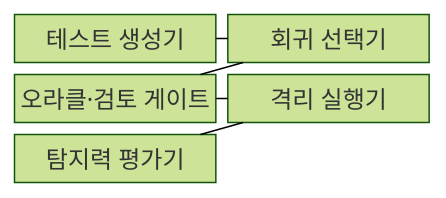
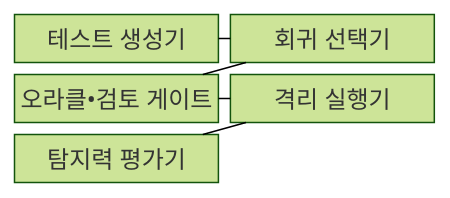
The first of 2 diagrams in src/content/docs/notes/03-software/207_ai_test_automation.md (agnusdei1207/knowledge-base), drawn with Mermaid (forest theme) before and after one commit. The commit also changed other lines of this file and 953 other files, not shown here.

````diff
--- a/src/content/docs/notes/03-software/207_ai_test_automation.md
+++ b/src/content/docs/notes/03-software/207_ai_test_automation.md
@@ -66,13 +66,13 @@
 ```mermaid
 block-beta
     columns 2
     B["테스트 생성기"]
     C["회귀 선택기"]
-    D["오라클·검토 게이트"]
+    D["오라클•검토 게이트"]
     E["격리 실행기"]
     F["탐지력 평가기"]
     B --- C
     C --- D
     D --- E
     E --- F
 ```
````
